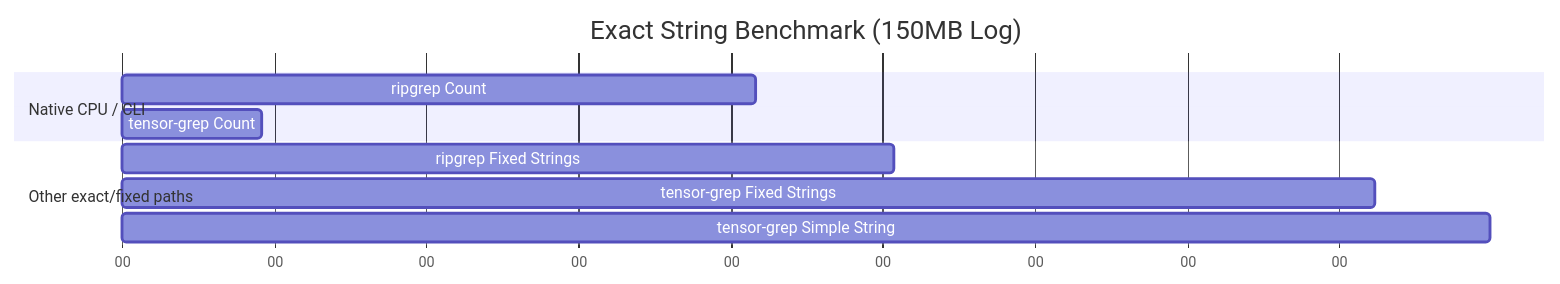
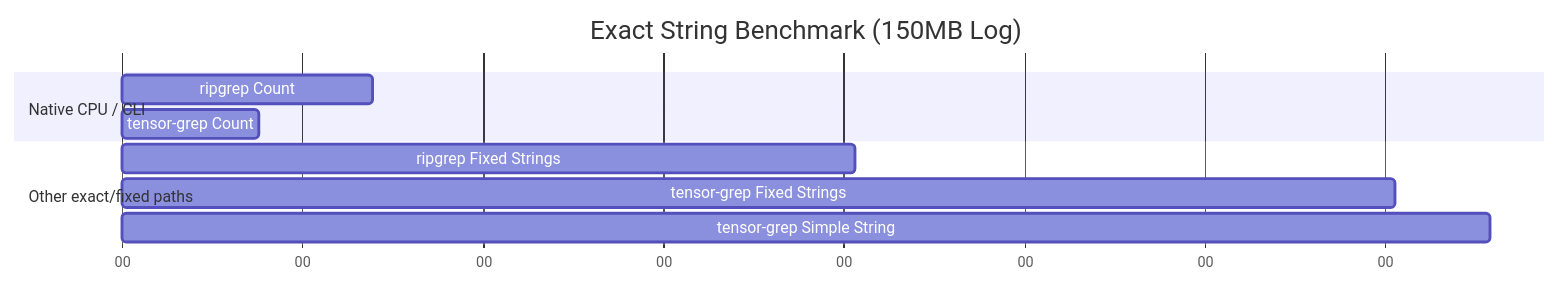
Before and after one commit to oimiragieo/tensor-grep: the third of 3 diagrams in docs/PAPER.md, drawn with Mermaid. The commit also changed other lines of this file and 4 other files, not shown here.

````diff
--- a/docs/PAPER.md
+++ b/docs/PAPER.md
@@ -125,15 +125,15 @@
 ```mermaid
 gantt
     title Exact String Benchmark (150MB Log)
     dateFormat  s
     axisFormat %S
     
     section Native CPU / CLI
-    ripgrep Count              :a1, 0, 0.416s
-    tensor-grep Count          :a2, 0, 0.092s
+    ripgrep Count              :a1, 0, 0.139s
+    tensor-grep Count          :a2, 0, 0.076s
     
     section Other exact/fixed paths
-    ripgrep Fixed Strings      :a3, 0, 0.507s
-    tensor-grep Fixed Strings  :a4, 0, 0.823s
-    tensor-grep Simple String  :a5, 0, 0.899s
+    ripgrep Fixed Strings      :a3, 0, 0.406s
+    tensor-grep Fixed Strings  :a4, 0, 0.705s
+    tensor-grep Simple String  :a5, 0, 0.758s
 ```
````
